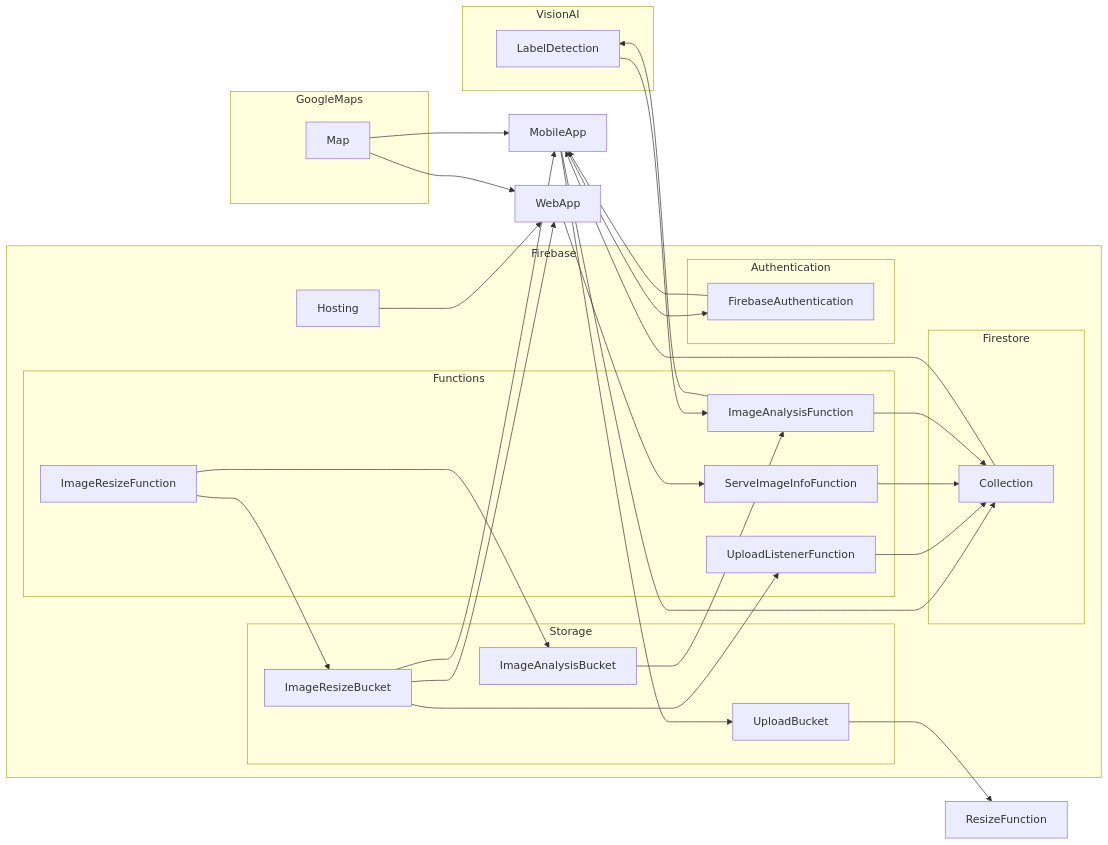
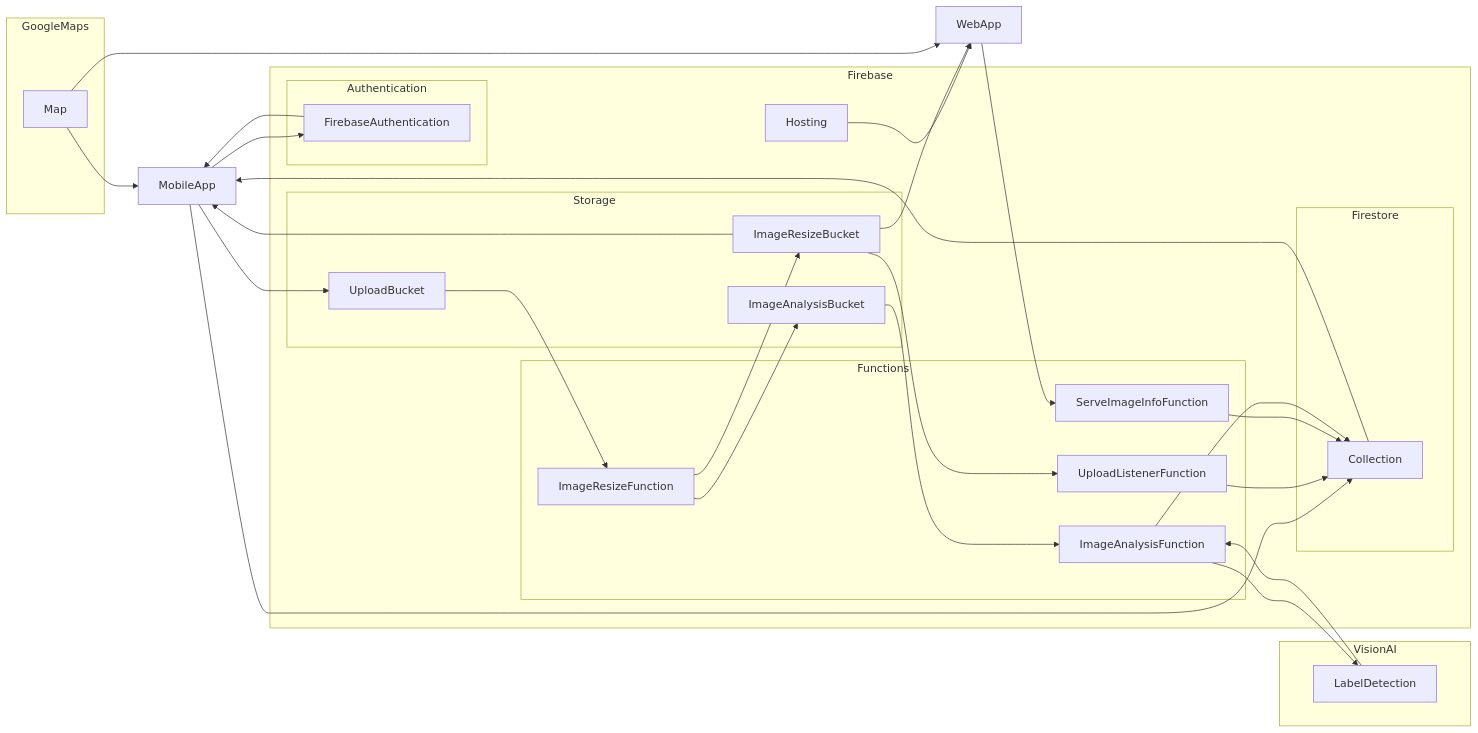
The diagram in README.md (zorrokid/nature-photos), drawn with Mermaid before and after one commit.

````diff
--- a/README.md
+++ b/README.md
@@ -5,61 +5,61 @@
 ```mermaid
 graph LR
 
   MobileApp
 
   WebApp
 
   subgraph GoogleMaps
     Map
   end
 
   subgraph VisionAI
     LabelDetection
   end
 
   subgraph Firebase
 
     Hosting
     subgraph Storage
        UploadBucket 
        ImageResizeBucket
        ImageAnalysisBucket
     end
     subgraph Firestore
        Collection 
     end
 
     subgraph Functions
       ImageResizeFunction
       ImageAnalysisFunction
       UploadListenerFunction
       ServeImageInfoFunction
     end
 
     subgraph Authentication
       FirebaseAuthentication
     end
   end
 
   FirebaseAuthentication --> MobileApp
   Hosting --> WebApp
   MobileApp --> UploadBucket
   MobileApp --> Collection
   MobileApp --> FirebaseAuthentication 
   Collection --> MobileApp 
-  UploadBucket --> ResizeFunction
+  UploadBucket --> ImageResizeFunction
   ImageResizeFunction --> ImageResizeBucket 
   ImageResizeFunction --> ImageAnalysisBucket
   ImageResizeBucket --> UploadListenerFunction
   ImageResizeBucket --> MobileApp
   ImageResizeBucket --> WebApp
   UploadListenerFunction --> Collection
   WebApp --> ServeImageInfoFunction
   ServeImageInfoFunction --> Collection
   ImageAnalysisBucket --> ImageAnalysisFunction
   ImageAnalysisFunction --> Collection 
   ImageAnalysisFunction --> LabelDetection
   LabelDetection --> ImageAnalysisFunction
   Map --> MobileApp
   Map --> WebApp
 ```
````
